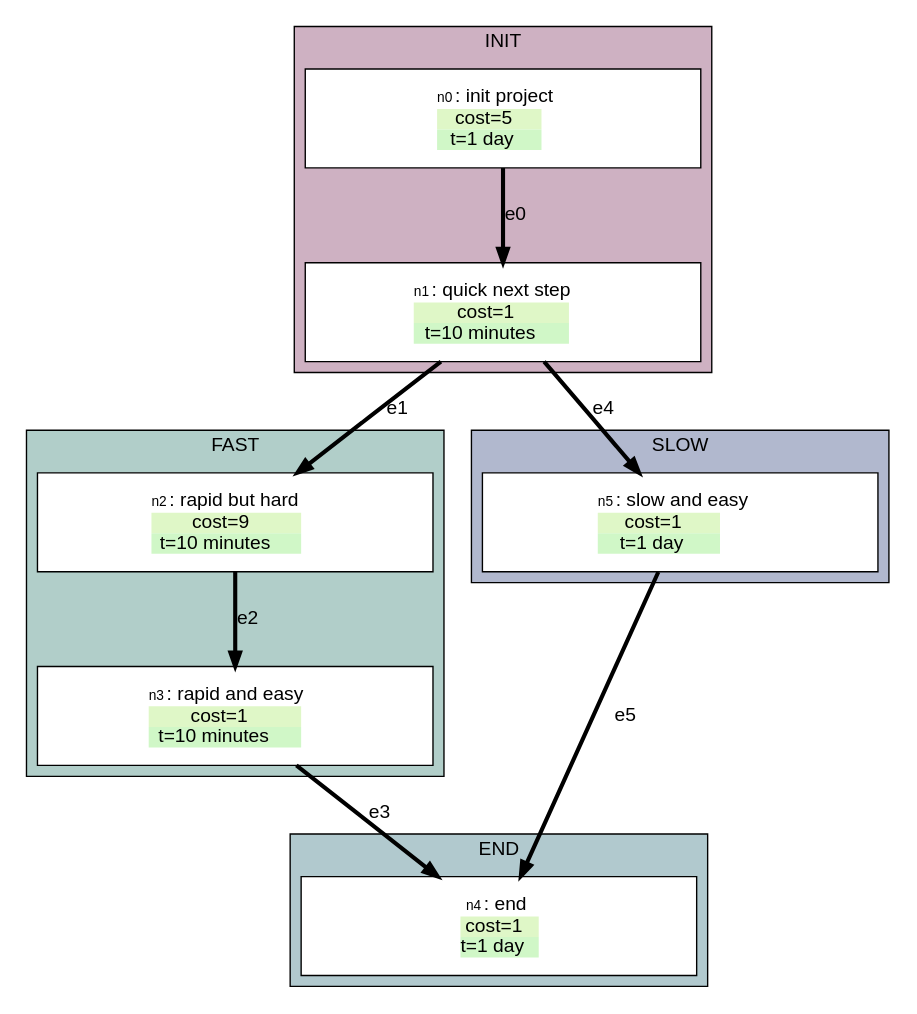
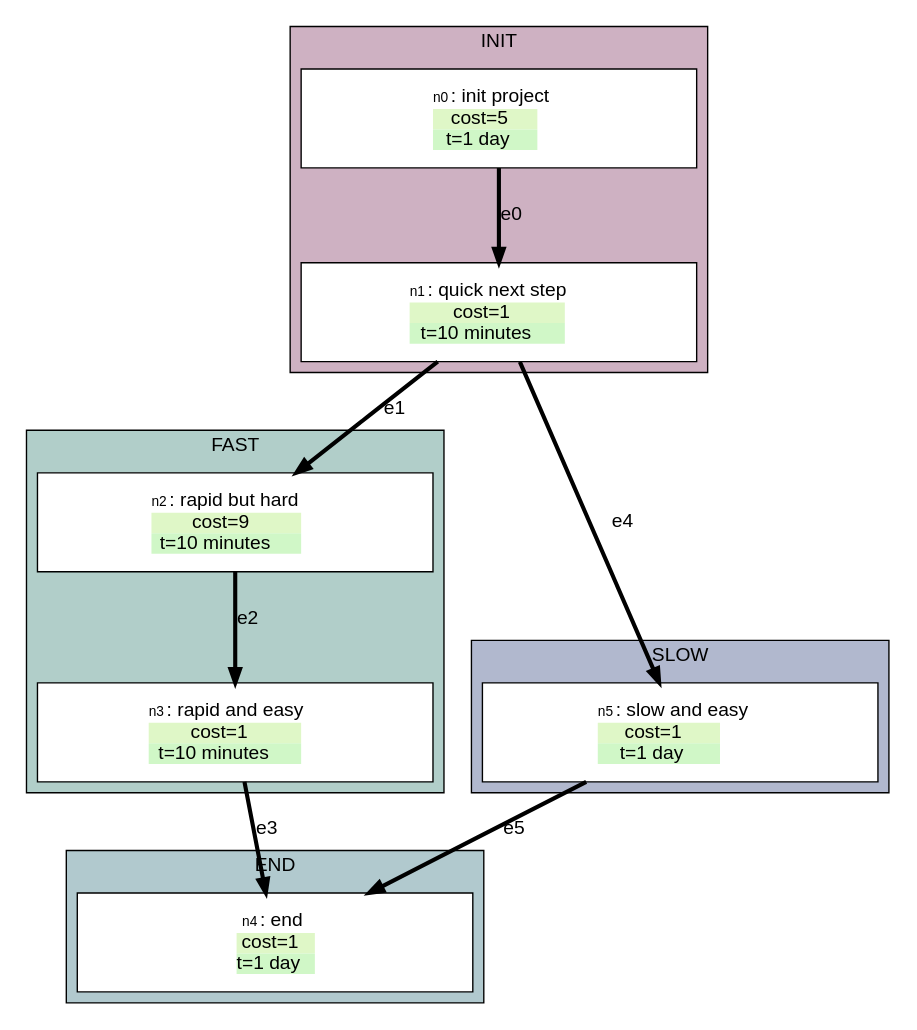
The diagram in examples/variables.dot (stevecooperorg/microdot), drawn with Graphviz before and after one commit. The commit also changed other lines of this file and 5 other files, not shown here.

```diff
--- a/examples/variables.dot
+++ b/examples/variables.dot
@@ -1,133 +1,133 @@
 digraph {
 
     graph [fontname = "helvetica" rankdir="TB" ranksep=0.75 nodesep=0.5];
     node [fontname = "helvetica" shape = "box" width=2.5 style=filled];
     edge [fontname = "helvetica" penwidth=3 color="#000000"];
 
+  subgraph cluster_END {
+  label="END"
+  bgcolor="#B1C9CE"
+    n4 [width=4 height=1 label=< <TABLE BORDER="0" CELLPADDING="0" CELLSPACING="0">
+    <TR>
+        <TD COLSPAN="2"><FONT POINT-SIZE="10">n4</FONT>: end</TD>
+    </TR>
+    
+        
+           <TR>
+<TD BGCOLOR="#DFF7C7"><FONT COLOR="#000000">cost=1</FONT></TD>
+</TR>
+        
+           <TR>
+<TD BGCOLOR="#D0F7C7"><FONT COLOR="#000000">t=1 day</FONT></TD>
+</TR>
+        
+    
+   </TABLE>
+> fillcolor="#FFFFFF"]
+  }
+  subgraph cluster_FAST {
+  label="FAST"
+  bgcolor="#B1CEC9"
+    n2 [width=4 height=1 label=< <TABLE BORDER="0" CELLPADDING="0" CELLSPACING="0">
+    <TR>
+        <TD COLSPAN="2"><FONT POINT-SIZE="10">n2</FONT>: rapid but hard</TD>
+    </TR>
+    
+        
+           <TR>
+<TD BGCOLOR="#DFF7C7"><FONT COLOR="#000000">cost=9</FONT></TD>
+</TR>
+        
+           <TR>
+<TD BGCOLOR="#D0F7C7"><FONT COLOR="#000000">t=10 minutes</FONT></TD>
+</TR>
+        
+    
+   </TABLE>
+> fillcolor="#FFFFFF"]
+    n3 [width=4 height=1 label=< <TABLE BORDER="0" CELLPADDING="0" CELLSPACING="0">
+    <TR>
+        <TD COLSPAN="2"><FONT POINT-SIZE="10">n3</FONT>: rapid and easy</TD>
+    </TR>
+    
+        
+           <TR>
+<TD BGCOLOR="#DFF7C7"><FONT COLOR="#000000">cost=1</FONT></TD>
+</TR>
+        
+           <TR>
+<TD BGCOLOR="#D0F7C7"><FONT COLOR="#000000">t=10 minutes</FONT></TD>
+</TR>
+        
+    
+   </TABLE>
+> fillcolor="#FFFFFF"]
+  }
   subgraph cluster_INIT {
   label="INIT"
   bgcolor="#CEB1C2"
     n0 [width=4 height=1 label=< <TABLE BORDER="0" CELLPADDING="0" CELLSPACING="0">
     <TR>
         <TD COLSPAN="2"><FONT POINT-SIZE="10">n0</FONT>: init project</TD>
     </TR>
     
         
            <TR>
 <TD BGCOLOR="#DFF7C7"><FONT COLOR="#000000">cost=5</FONT></TD>
 </TR>
         
            <TR>
 <TD BGCOLOR="#D0F7C7"><FONT COLOR="#000000">t=1 day</FONT></TD>
 </TR>
         
     
    </TABLE>
 > fillcolor="#FFFFFF"]
     n1 [width=4 height=1 label=< <TABLE BORDER="0" CELLPADDING="0" CELLSPACING="0">
     <TR>
         <TD COLSPAN="2"><FONT POINT-SIZE="10">n1</FONT>: quick next step</TD>
     </TR>
     
         
            <TR>
 <TD BGCOLOR="#DFF7C7"><FONT COLOR="#000000">cost=1</FONT></TD>
 </TR>
         
            <TR>
 <TD BGCOLOR="#D0F7C7"><FONT COLOR="#000000">t=10 minutes</FONT></TD>
 </TR>
         
     
    </TABLE>
 > fillcolor="#FFFFFF"]
   }
   subgraph cluster_SLOW {
   label="SLOW"
   bgcolor="#B1B8CE"
     n5 [width=4 height=1 label=< <TABLE BORDER="0" CELLPADDING="0" CELLSPACING="0">
     <TR>
         <TD COLSPAN="2"><FONT POINT-SIZE="10">n5</FONT>: slow and easy</TD>
     </TR>
     
         
            <TR>
 <TD BGCOLOR="#DFF7C7"><FONT COLOR="#000000">cost=1</FONT></TD>
 </TR>
         
            <TR>
 <TD BGCOLOR="#D0F7C7"><FONT COLOR="#000000">t=1 day</FONT></TD>
 </TR>
         
     
    </TABLE>
 > fillcolor="#FFFFFF"]
   }
-  subgraph cluster_FAST {
-  label="FAST"
-  bgcolor="#B1CEC9"
-    n2 [width=4 height=1 label=< <TABLE BORDER="0" CELLPADDING="0" CELLSPACING="0">
-    <TR>
-        <TD COLSPAN="2"><FONT POINT-SIZE="10">n2</FONT>: rapid but hard</TD>
-    </TR>
-    
-        
-           <TR>
-<TD BGCOLOR="#DFF7C7"><FONT COLOR="#000000">cost=9</FONT></TD>
-</TR>
-        
-           <TR>
-<TD BGCOLOR="#D0F7C7"><FONT COLOR="#000000">t=10 minutes</FONT></TD>
-</TR>
-        
-    
-   </TABLE>
-> fillcolor="#FFFFFF"]
-    n3 [width=4 height=1 label=< <TABLE BORDER="0" CELLPADDING="0" CELLSPACING="0">
-    <TR>
-        <TD COLSPAN="2"><FONT POINT-SIZE="10">n3</FONT>: rapid and easy</TD>
-    </TR>
-    
-        
-           <TR>
-<TD BGCOLOR="#DFF7C7"><FONT COLOR="#000000">cost=1</FONT></TD>
-</TR>
-        
-           <TR>
-<TD BGCOLOR="#D0F7C7"><FONT COLOR="#000000">t=10 minutes</FONT></TD>
-</TR>
-        
-    
-   </TABLE>
-> fillcolor="#FFFFFF"]
-  }
-  subgraph cluster_END {
-  label="END"
-  bgcolor="#B1C9CE"
-    n4 [width=4 height=1 label=< <TABLE BORDER="0" CELLPADDING="0" CELLSPACING="0">
-    <TR>
-        <TD COLSPAN="2"><FONT POINT-SIZE="10">n4</FONT>: end</TD>
-    </TR>
-    
-        
-           <TR>
-<TD BGCOLOR="#DFF7C7"><FONT COLOR="#000000">cost=1</FONT></TD>
-</TR>
-        
-           <TR>
-<TD BGCOLOR="#D0F7C7"><FONT COLOR="#000000">t=1 day</FONT></TD>
-</TR>
-        
-    
-   </TABLE>
-> fillcolor="#FFFFFF"]
-  }
 
     "n0" -> "n1" [label="e0"];
     "n1" -> "n2" [label="e1"];
     "n2" -> "n3" [label="e2"];
     "n3" -> "n4" [label="e3"];
     "n1" -> "n5" [label="e4"];
     "n5" -> "n4" [label="e5"];
 
 }
```
